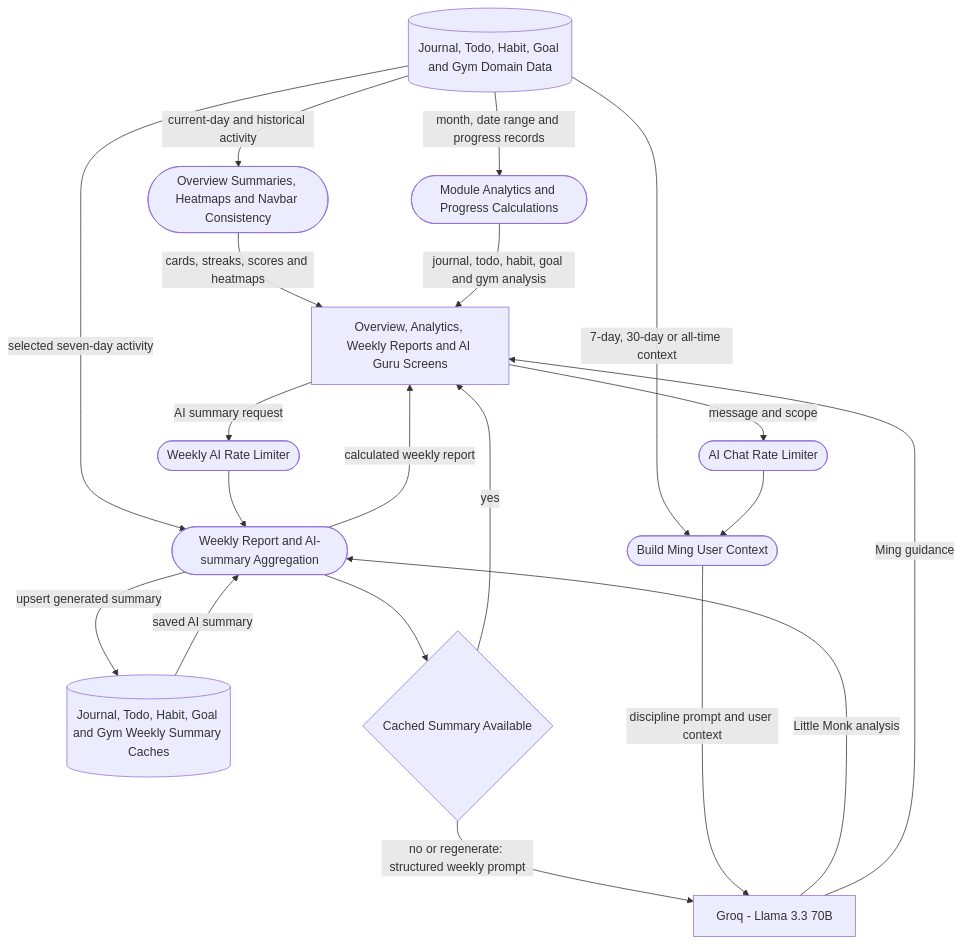
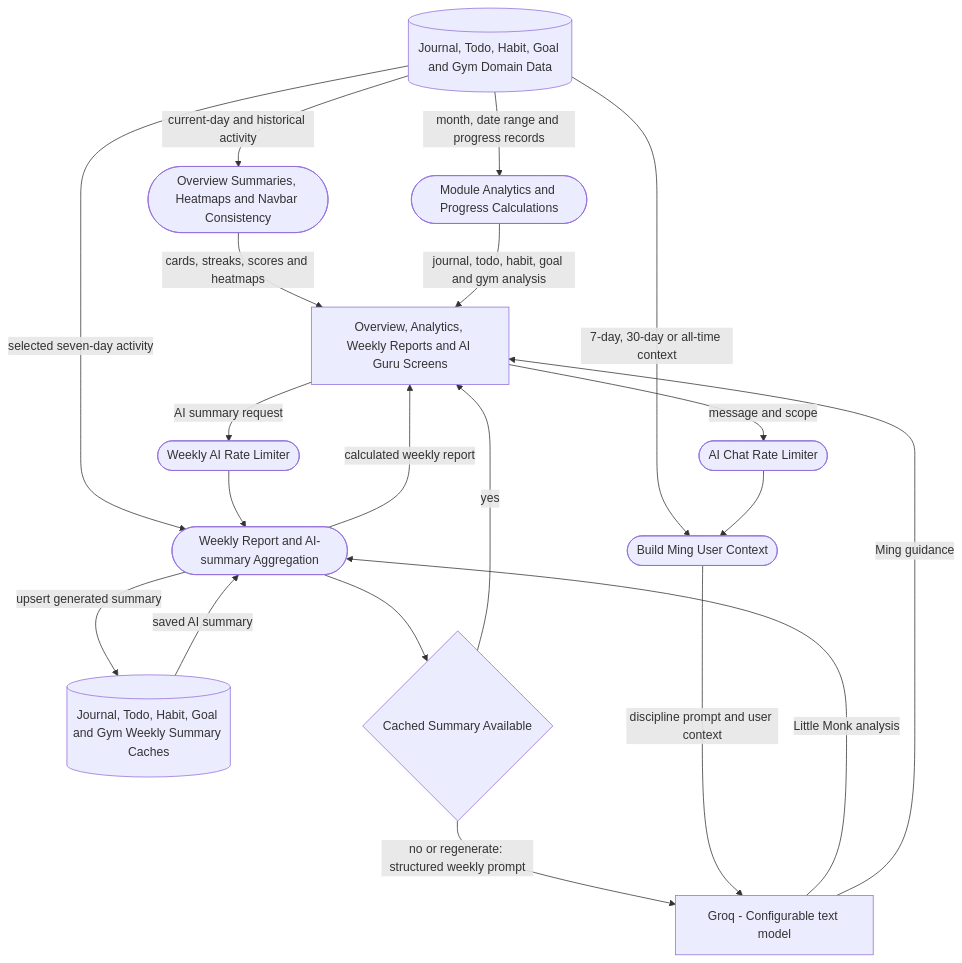
Before and after one commit to debarghya131/MonkMode: the fifth of 12 diagrams in README.md, drawn with Mermaid. The commit also changed other lines of this file and 77 other files, not shown here.

Commit message:
refactor: harden dashboard data flow with response parsers, caching hooks, and regression suites

````diff
--- a/README.md
+++ b/README.md
@@ -291,38 +291,38 @@
 ```mermaid
 flowchart TD
   DASH[Overview, Analytics, Weekly Reports and AI Guru Screens]
   DOMAIN_STORE[(Journal, Todo, Habit, Goal and Gym Domain Data)]
   SUMMARY_STORE[(Journal, Todo, Habit, Goal and Gym Weekly Summary Caches)]
 
   OVERVIEW([Overview Summaries, Heatmaps and Navbar Consistency])
   ANALYTICS([Module Analytics and Progress Calculations])
   WEEKLY([Weekly Report and AI-summary Aggregation])
   CACHE{Cached Summary Available}
   WEEKLY_LIMIT([Weekly AI Rate Limiter])
   MING_CONTEXT([Build Ming User Context])
   MING_LIMIT([AI Chat Rate Limiter])
-  GROQ[Groq - Llama 3.3 70B]
+  GROQ[Groq - Configurable text model]
 
   DOMAIN_STORE -->|current-day and historical activity| OVERVIEW
   OVERVIEW -->|cards, streaks, scores and heatmaps| DASH
 
   DOMAIN_STORE -->|month, date range and progress records| ANALYTICS
   ANALYTICS -->|journal, todo, habit, goal and gym analysis| DASH
 
   DOMAIN_STORE -->|selected seven-day activity| WEEKLY
   SUMMARY_STORE -->|saved AI summary| WEEKLY
   WEEKLY -->|calculated weekly report| DASH
   DASH -->|AI summary request| WEEKLY_LIMIT
   WEEKLY_LIMIT --> WEEKLY
   WEEKLY --> CACHE
   CACHE -->|yes| DASH
   CACHE -->|no or regenerate: structured weekly prompt| GROQ
   GROQ -->|Little Monk analysis| WEEKLY
   WEEKLY -->|upsert generated summary| SUMMARY_STORE
 
   DOMAIN_STORE -->|7-day, 30-day or all-time context| MING_CONTEXT
   DASH -->|message and scope| MING_LIMIT
   MING_LIMIT --> MING_CONTEXT
   MING_CONTEXT -->|discipline prompt and user context| GROQ
   GROQ -->|Ming guidance| DASH
 ```
````
